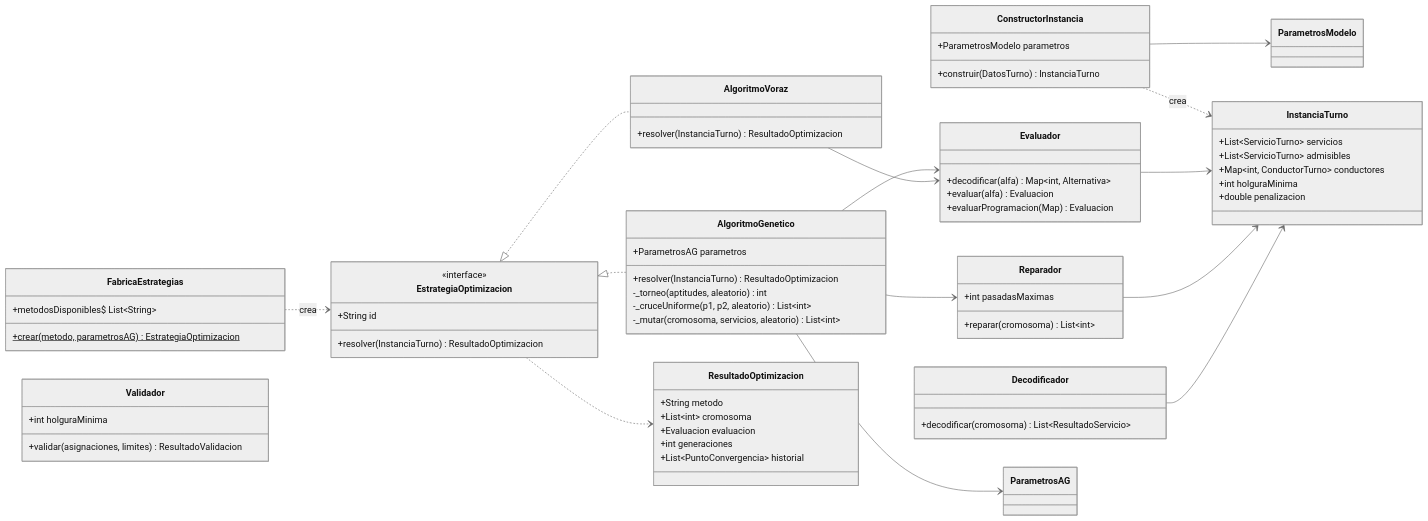
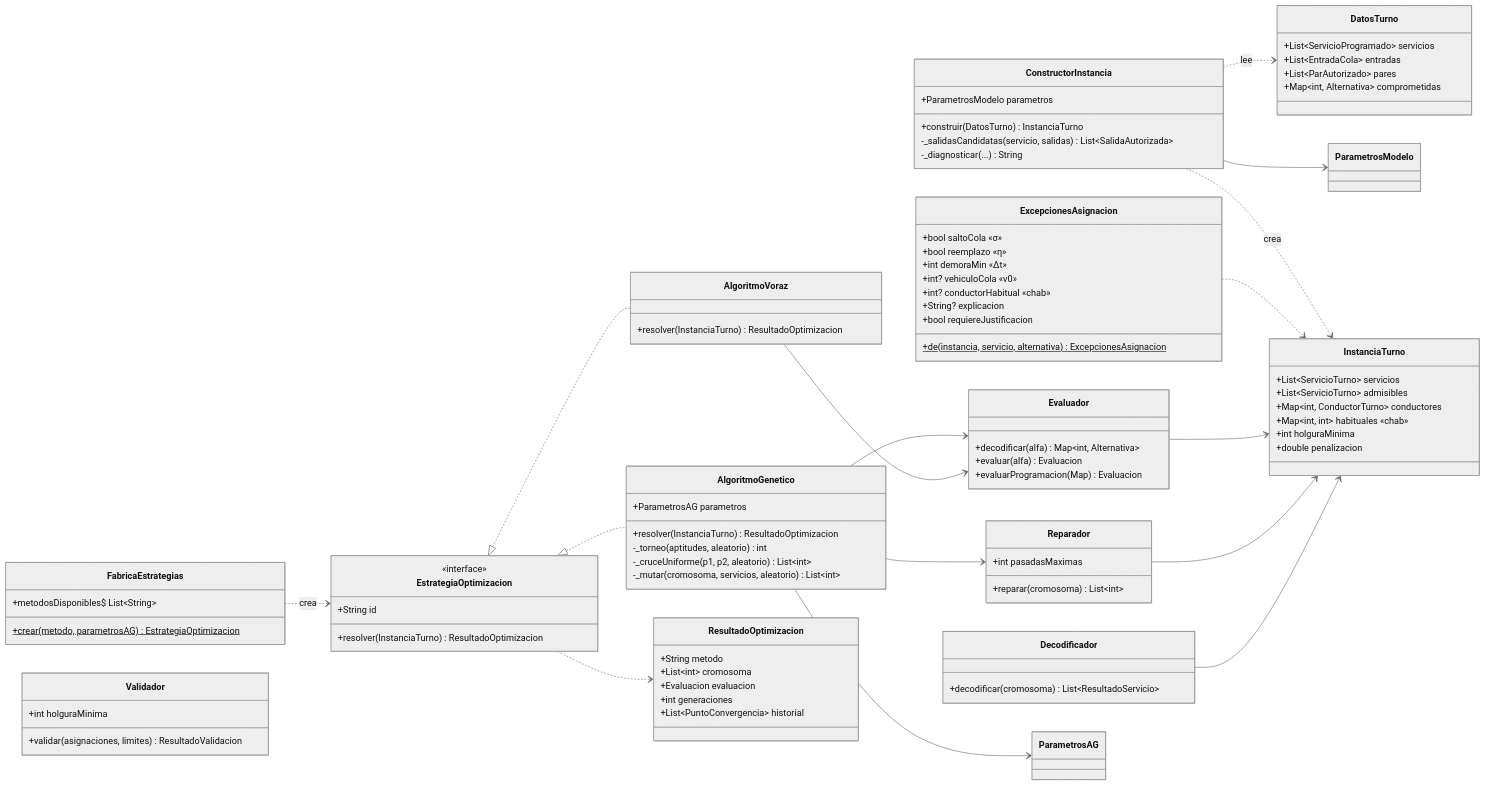
Before and after one commit to Madafaka17/sistema-asignacion-san-felipe: the third of 12 diagrams in docs/uml.md, drawn with Mermaid (neutral theme). The commit also changed other lines of this file and 29 other files, not shown here.

First line of the commit message:
docs: cola de despacho y pares autorizados en la documentación (v1.1.0)

```diff
--- a/docs/uml.md
+++ b/docs/uml.md
@@ -127,6 +131,24 @@
   class ConstructorInstancia {
     +ParametrosModelo parametros
     +construir(DatosTurno) InstanciaTurno
+    -_salidasCandidatas(servicio, salidas) List~SalidaAutorizada~
+    -_diagnosticar(...) String
+  }
+  class DatosTurno {
+    +List~ServicioProgramado~ servicios
+    +List~EntradaCola~ entradas
+    +List~ParAutorizado~ pares
+    +Map~int, Alternativa~ comprometidas
+  }
+  class ExcepcionesAsignacion {
+    +bool saltoCola «σ»
+    +bool reemplazo «η»
+    +int demoraMin «Δt»
+    +int? vehiculoCola «v0»
+    +int? conductorHabitual «chab»
+    +String? explicacion
+    +de(instancia, servicio, alternativa)$ ExcepcionesAsignacion
+    +bool requiereJustificacion
   }
   class Evaluador {
     +decodificar(alfa) Map~int, Alternativa~
@@ -148,6 +170,7 @@
     +List~ServicioTurno~ servicios
     +List~ServicioTurno~ admisibles
     +Map~int, ConductorTurno~ conductores
+    +Map~int, int~ habituales «chab»
     +int holguraMinima
     +double penalizacion
   }
@@ -170,6 +193,8 @@
   AlgoritmoVoraz --> Evaluador
   ConstructorInstancia --> ParametrosModelo
   ConstructorInstancia ..> InstanciaTurno : crea
+  ConstructorInstancia ..> DatosTurno : lee
+  ExcepcionesAsignacion ..> InstanciaTurno
   Evaluador --> InstanciaTurno
   Reparador --> InstanciaTurno
   Decodificador --> InstanciaTurno
```
